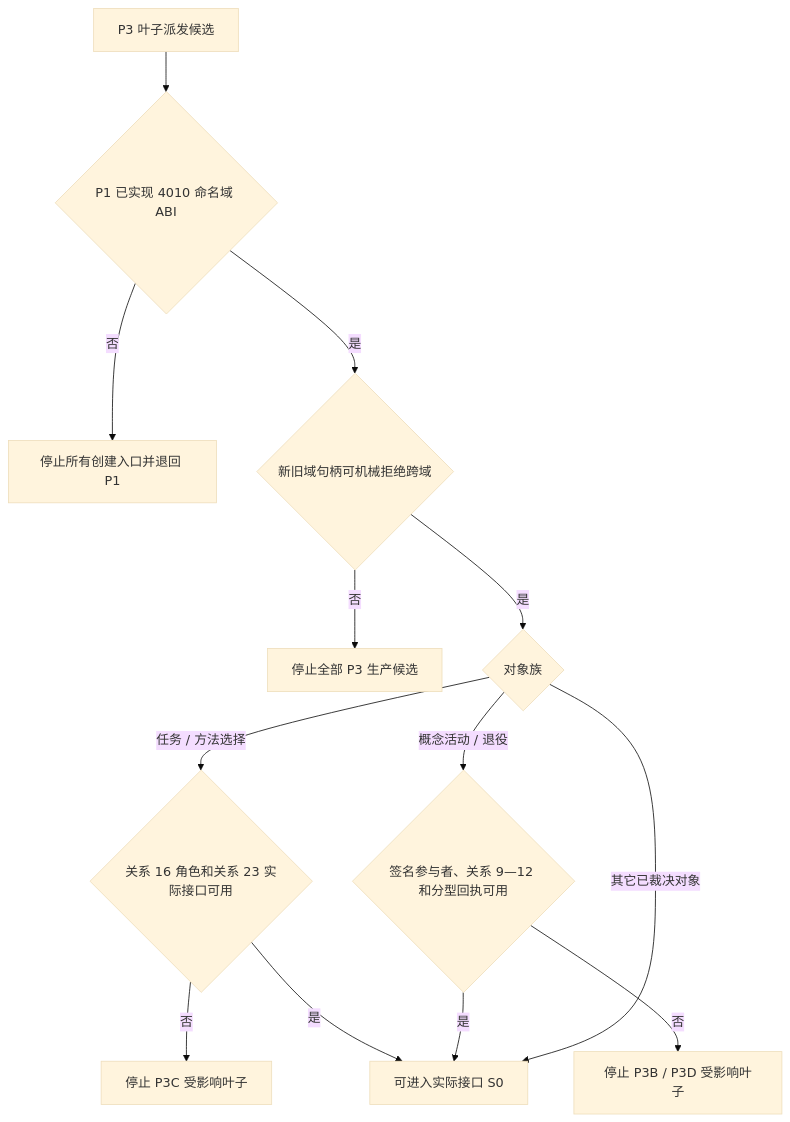
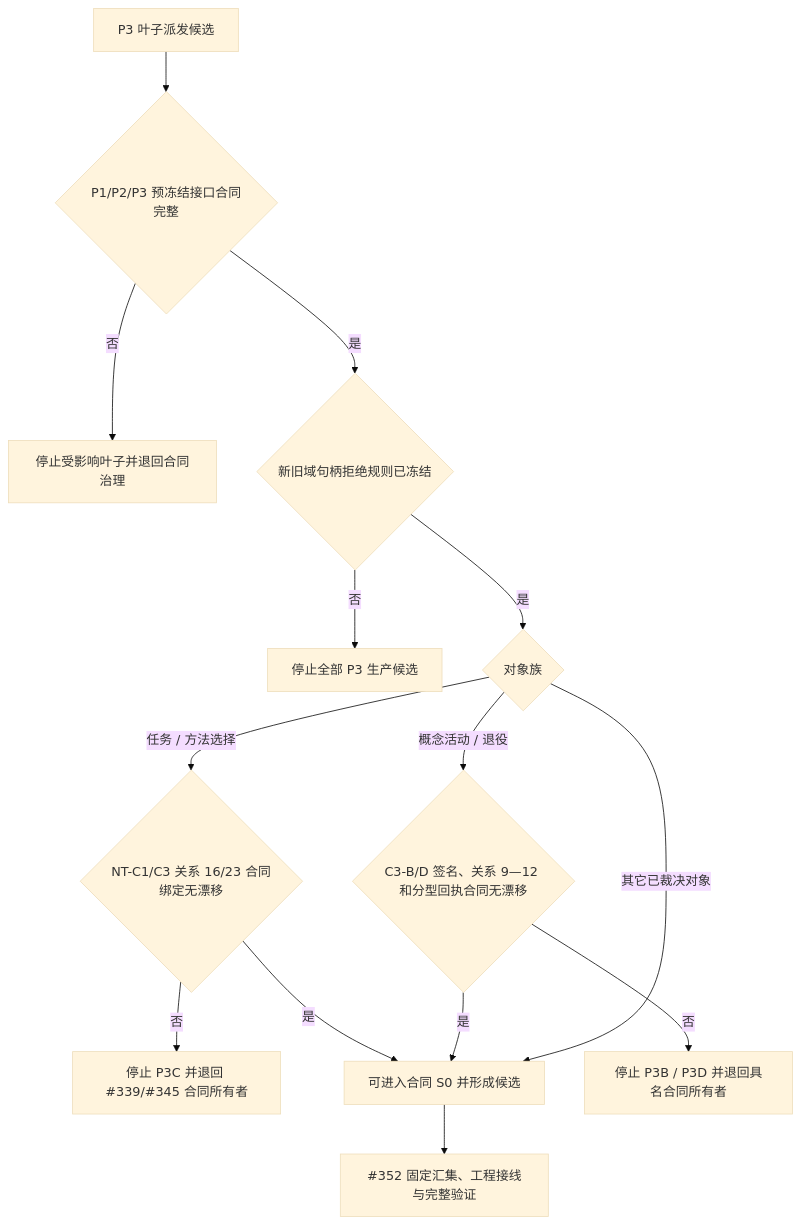
One commit to chunhaizh-cyber/HY-Ego changed the fifth of 5 diagrams in 项目记忆/设计记录/20260722_NODE-TYPED-MIGRATION_NT-P3_函数结构知识图谱.md. Above: the diagram before and after it, drawn with Mermaid (base theme). The commit also changed other lines of this file and 72 other files, not shown here.

````diff
--- a/项目记忆/设计记录/20260722_NODE-TYPED-MIGRATION_NT-P3_函数结构知识图谱.md
+++ b/项目记忆/设计记录/20260722_NODE-TYPED-MIGRATION_NT-P3_函数结构知识图谱.md
@@ -364,15 +396,16 @@
 ```mermaid
 flowchart TD
-    START["P3 叶子派发候选"] --> NAMESPACE{"P1 已实现 4010 命名域 ABI"}
-    NAMESPACE -->|"否"| STOP1["停止所有创建入口并退回 P1"]
-    NAMESPACE -->|"是"| DOMAIN{"新旧域句柄可机械拒绝跨域"}
+    START["P3 叶子派发候选"] --> CONTRACT{"P1/P2/P3 预冻结接口合同完整"}
+    CONTRACT -->|"否"| STOP1["停止受影响叶子并退回合同治理"]
+    CONTRACT -->|"是"| DOMAIN{"新旧域句柄拒绝规则已冻结"}
     DOMAIN -->|"否"| STOP2["停止全部 P3 生产候选"]
     DOMAIN -->|"是"| FAMILY{"对象族"}
-    FAMILY -->|"任务 / 方法选择"| SELECT{"关系 16 角色和关系 23 实际接口可用"}
-    SELECT -->|"否"| STOP3["停止 P3C 受影响叶子"]
-    SELECT -->|"是"| READY["可进入实际接口 S0"]
-    FAMILY -->|"概念活动 / 退役"| CONCEPT{"签名参与者、关系 9—12 和分型回执可用"}
-    CONCEPT -->|"否"| STOP4["停止 P3B / P3D 受影响叶子"]
+    FAMILY -->|"任务 / 方法选择"| SELECT{"NT-C1/C3 关系 16/23 合同绑定无漂移"}
+    SELECT -->|"否"| STOP3["停止 P3C 并退回 #339/#345 合同所有者"]
+    SELECT -->|"是"| READY["可进入合同 S0 并形成候选"]
+    FAMILY -->|"概念活动 / 退役"| CONCEPT{"C3-B/D 签名、关系 9—12 和分型回执合同无漂移"}
+    CONCEPT -->|"否"| STOP4["停止 P3B / P3D 并退回具名合同所有者"]
     CONCEPT -->|"是"| READY
     FAMILY -->|"其它已裁决对象"| READY
+    READY --> FINAL["#352 固定汇集、工程接线与完整验证"]
 ```
````
